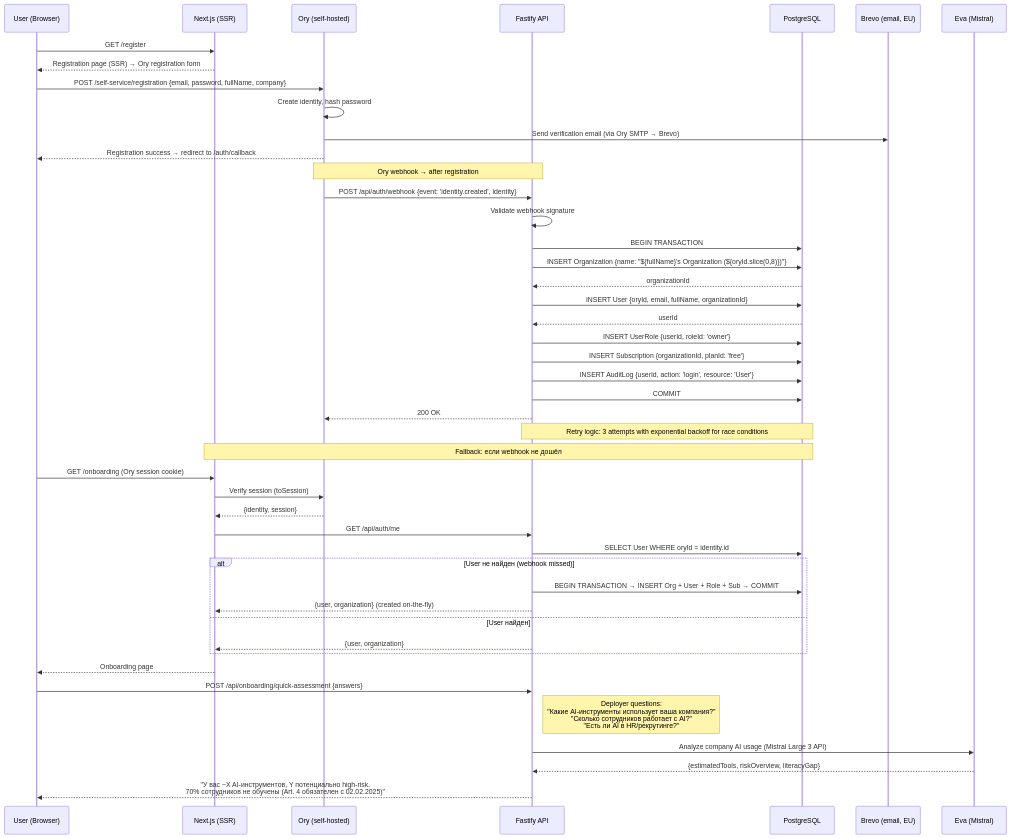
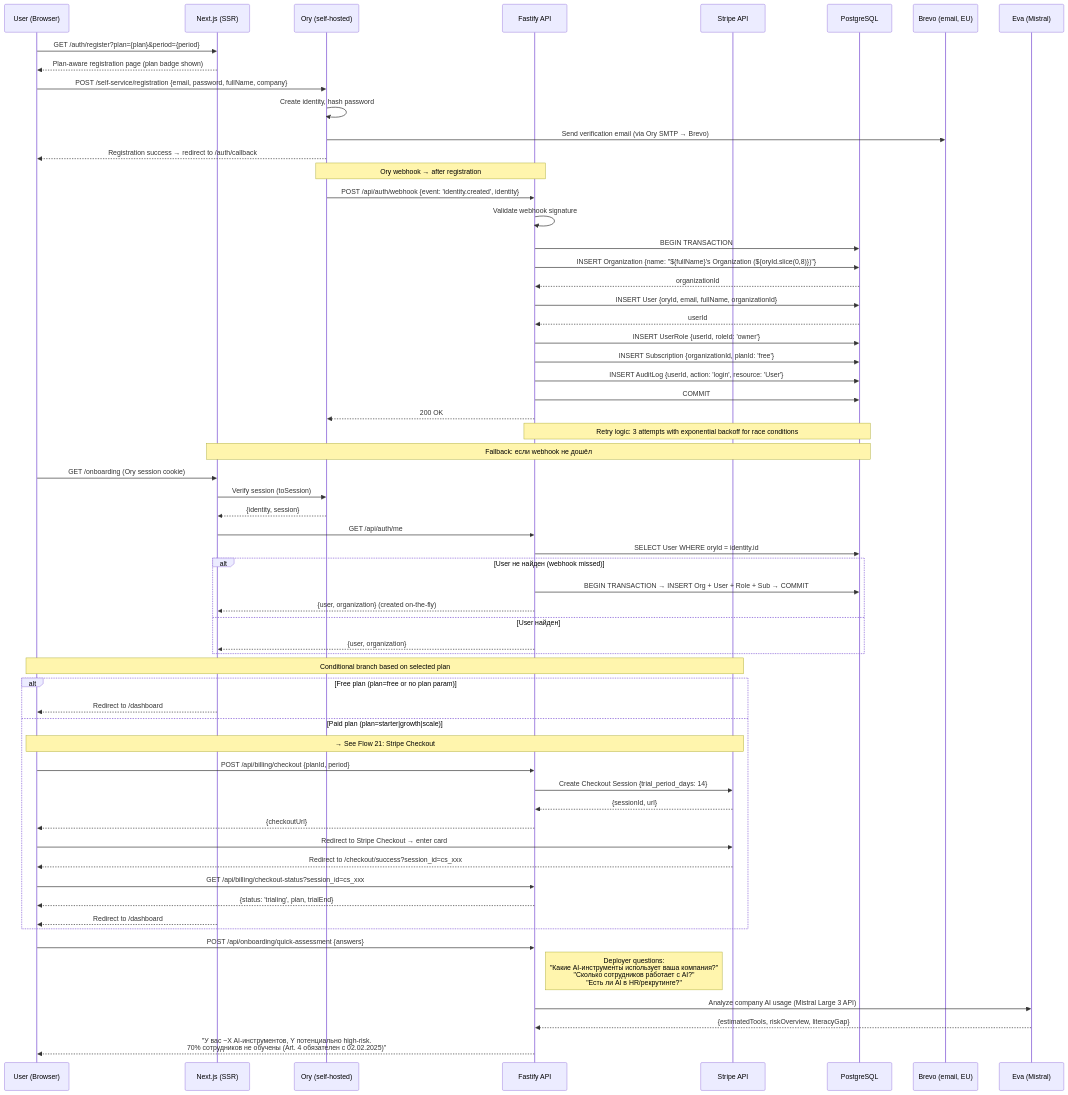
The first of 19 diagrams in docs/DATA-FLOWS.md (complior/complior), drawn with Mermaid before and after one commit. The commit also changed other lines of this file and 51 other files, not shown here.

````diff
--- a/docs/DATA-FLOWS.md
+++ b/docs/DATA-FLOWS.md
@@ -19,54 +23,71 @@
 ```mermaid
 sequenceDiagram
     participant User as User (Browser)
     participant Next as Next.js (SSR)
     participant Ory as Ory (self-hosted)
     participant API as Fastify API
+    participant Stripe as Stripe API
     participant DB as PostgreSQL
     participant Brevo as Brevo (email, EU)
     participant Eva as Eva (Mistral)
 
-    User->>Next: GET /register
-    Next-->>User: Registration page (SSR) → Ory registration form
+    User->>Next: GET /auth/register?plan={plan}&period={period}
+    Next-->>User: Plan-aware registration page (plan badge shown)
 
     User->>Ory: POST /self-service/registration {email, password, fullName, company}
     Ory->>Ory: Create identity, hash password
     Ory->>Brevo: Send verification email (via Ory SMTP → Brevo)
     Ory-->>User: Registration success → redirect to /auth/callback
 
     Note over Ory,API: Ory webhook → after registration
     Ory->>API: POST /api/auth/webhook {event: 'identity.created', identity}
     API->>API: Validate webhook signature
     API->>DB: BEGIN TRANSACTION
     API->>DB: INSERT Organization {name: "${fullName}'s Organization (${oryId.slice(0,8)})"}
     DB-->>API: organizationId
     API->>DB: INSERT User {oryId, email, fullName, organizationId}
     DB-->>API: userId
     API->>DB: INSERT UserRole {userId, roleId: 'owner'}
     API->>DB: INSERT Subscription {organizationId, planId: 'free'}
     API->>DB: INSERT AuditLog {userId, action: 'login', resource: 'User'}
     API->>DB: COMMIT
     API-->>Ory: 200 OK
 
     Note over API,DB: Retry logic: 3 attempts with exponential backoff for race conditions
 
     Note over Next,DB: Fallback: если webhook не дошёл
     User->>Next: GET /onboarding (Ory session cookie)
     Next->>Ory: Verify session (toSession)
     Ory-->>Next: {identity, session}
     Next->>API: GET /api/auth/me
     API->>DB: SELECT User WHERE oryId = identity.id
     alt User не найден (webhook missed)
         API->>DB: BEGIN TRANSACTION → INSERT Org + User + Role + Sub → COMMIT
         API-->>Next: {user, organization} (created on-the-fly)
     else User найден
         API-->>Next: {user, organization}
     end
-    Next-->>User: Onboarding page
+
+    Note over User,Stripe: Conditional branch based on selected plan
+
+    alt Free plan (plan=free or no plan param)
+        Next-->>User: Redirect to /dashboard
+    else Paid plan (plan=starter|growth|scale)
+        Note over User,Stripe: → See Flow 21: Stripe Checkout
+        User->>API: POST /api/billing/checkout {planId, period}
+        API->>Stripe: Create Checkout Session {trial_period_days: 14}
+        Stripe-->>API: {sessionId, url}
+        API-->>User: {checkoutUrl}
+        User->>Stripe: Redirect to Stripe Checkout → enter card
+        Stripe-->>User: Redirect to /checkout/success?session_id=cs_xxx
+        User->>API: GET /api/billing/checkout-status?session_id=cs_xxx
+        API-->>User: {status: 'trialing', plan, trialEnd}
+        Next-->>User: Redirect to /dashboard
+    end
 
     User->>API: POST /api/onboarding/quick-assessment {answers}
     Note right of API: Deployer questions:<br/>"Какие AI-инструменты использует ваша компания?"<br/>"Сколько сотрудников работает с AI?"<br/>"Есть ли AI в HR/рекрутинге?"
     API->>Eva: Analyze company AI usage (Mistral Large 3 API)
     Eva-->>API: {estimatedTools, riskOverview, literacyGap}
     API-->>User: "У вас ~X AI-инструментов, Y потенциально high-risk.<br/>70% сотрудников не обучены (Art. 4 обязателен с 02.02.2025)"
 ```
````
